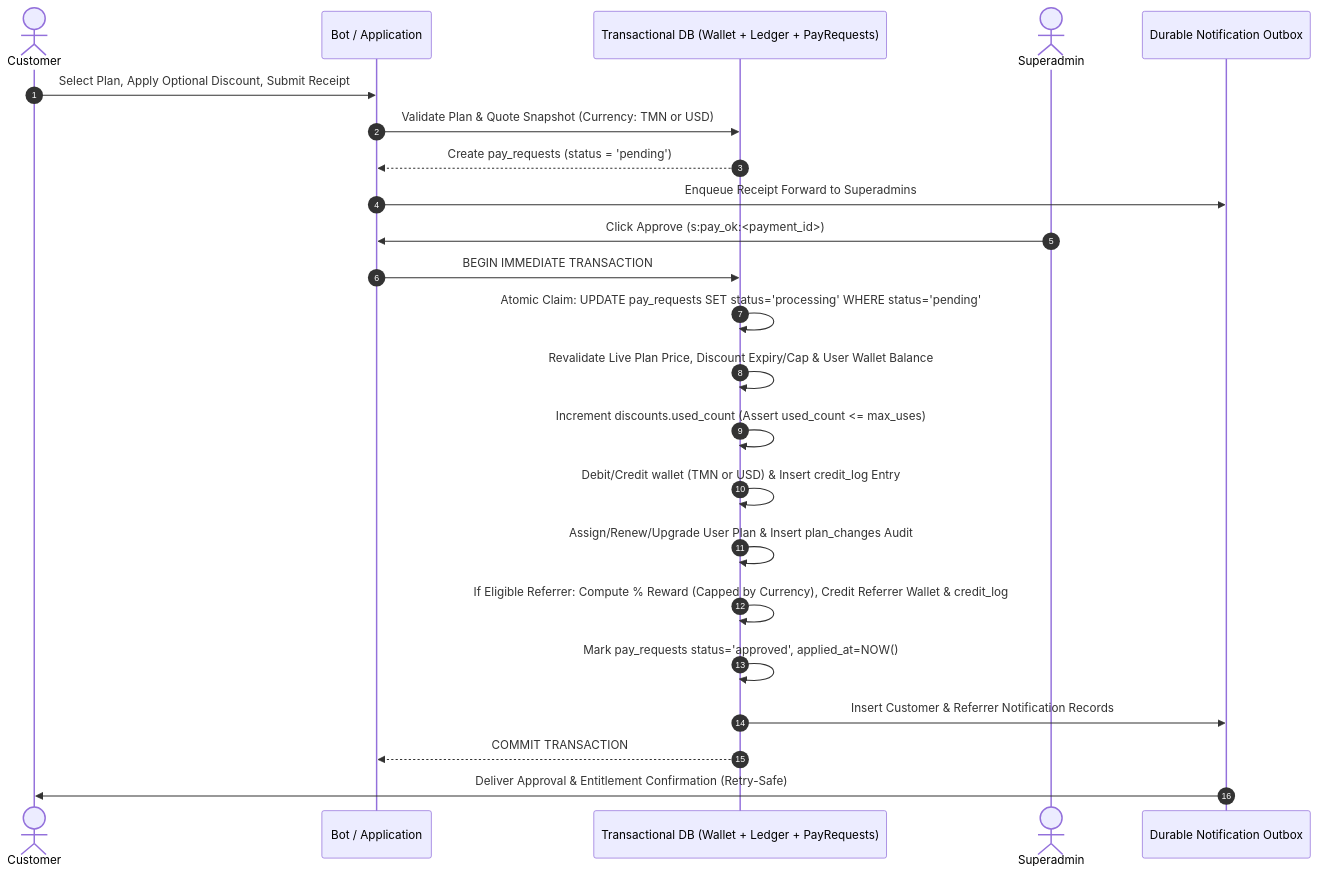
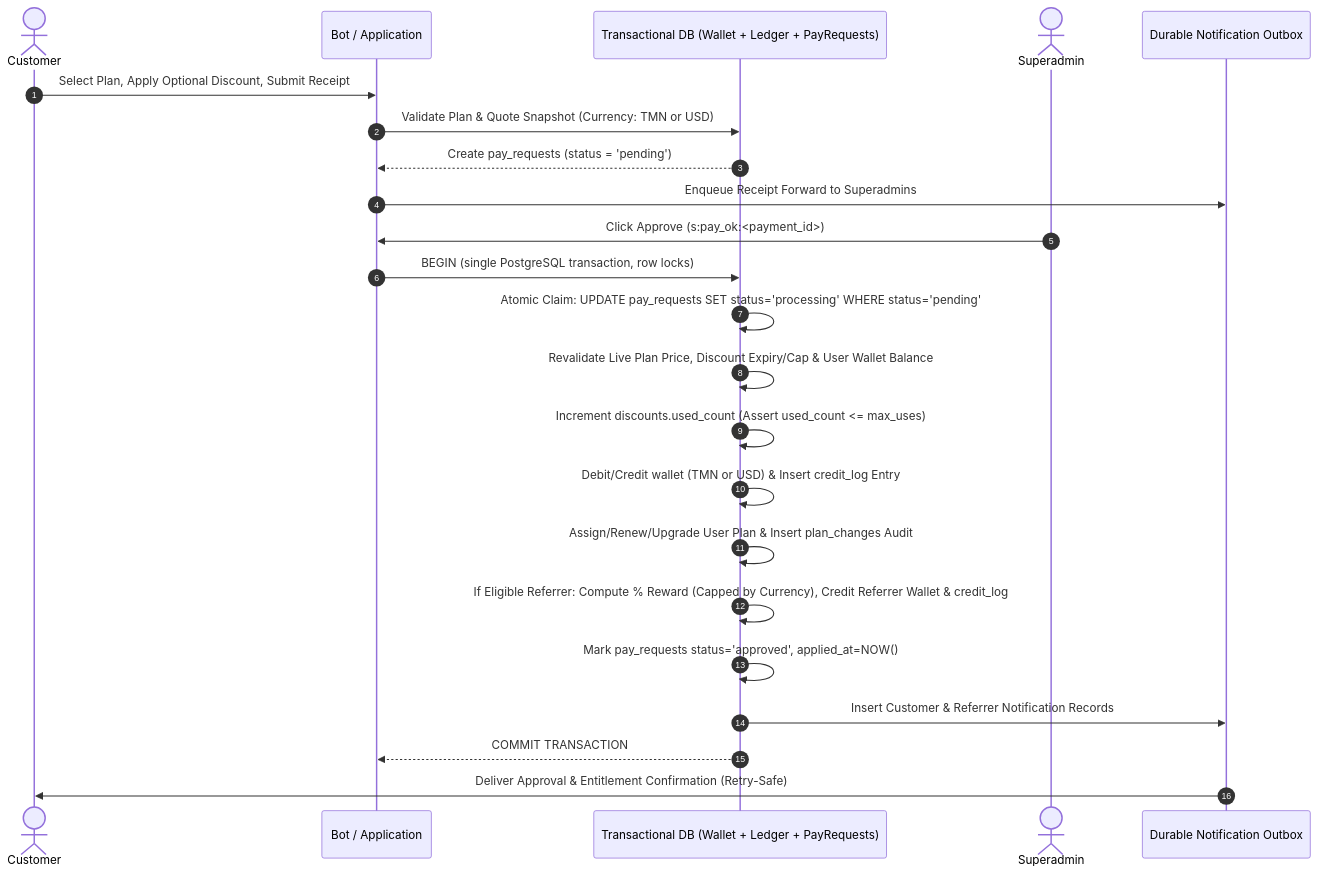
The third of 3 diagrams in docs/architecture/current-state.md (Aryasamadi/OpenGenerate), drawn with Mermaid before and after one commit. The commit also changed other lines of this file and 21 other files, not shown here.

Commit message:
Phase 2 (Stage B): ADRs 0001-0014, decision matrix, target blueprint, migration plan; align Phase 1 docs with PostgreSQL decision

````diff
--- a/docs/architecture/current-state.md
+++ b/docs/architecture/current-state.md
@@ -175,27 +175,27 @@
 ```mermaid
 sequenceDiagram
     autonumber
     actor User as Customer
     participant Bot as Bot / Application
     participant DB as Transactional DB (Wallet + Ledger + PayRequests)
     actor SA as Superadmin
     participant Outbox as Durable Notification Outbox
 
     User->>Bot: Select Plan, Apply Optional Discount, Submit Receipt
     Bot->>DB: Validate Plan & Quote Snapshot (Currency: TMN or USD)
     DB-->>Bot: Create pay_requests (status = 'pending')
     Bot->>Outbox: Enqueue Receipt Forward to Superadmins
 
     SA->>Bot: Click Approve (s:pay_ok:<payment_id>)
-    Bot->>DB: BEGIN IMMEDIATE TRANSACTION
+    Bot->>DB: BEGIN (single PostgreSQL transaction, row locks)
     DB->>DB: Atomic Claim: UPDATE pay_requests SET status='processing' WHERE status='pending'
     DB->>DB: Revalidate Live Plan Price, Discount Expiry/Cap & User Wallet Balance
     DB->>DB: Increment discounts.used_count (Assert used_count <= max_uses)
     DB->>DB: Debit/Credit wallet (TMN or USD) & Insert credit_log Entry
     DB->>DB: Assign/Renew/Upgrade User Plan & Insert plan_changes Audit
     DB->>DB: If Eligible Referrer: Compute % Reward (Capped by Currency), Credit Referrer Wallet & credit_log
     DB->>DB: Mark pay_requests status='approved', applied_at=NOW()
     DB->>Outbox: Insert Customer & Referrer Notification Records
     DB-->>Bot: COMMIT TRANSACTION
     Outbox->>User: Deliver Approval & Entitlement Confirmation (Retry-Safe)
 ```
````
